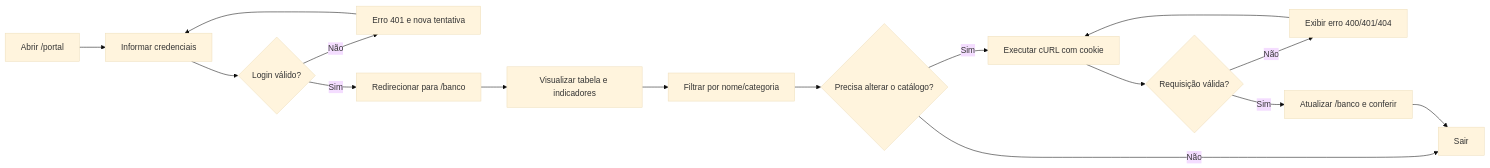
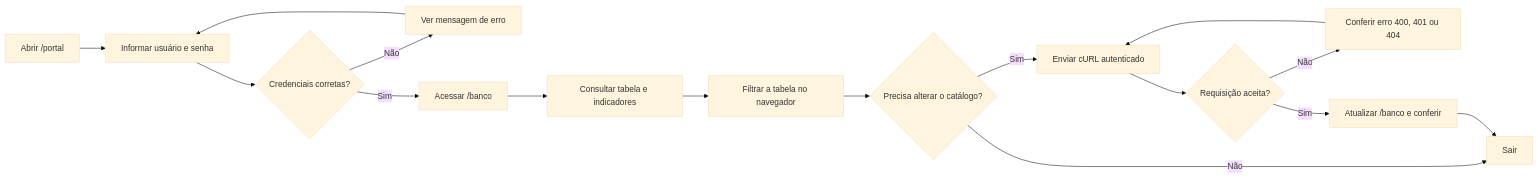
The third of 4 diagrams in docs/diagramas-mermaid.md (AbnerG1/projeto-BLUE-print-), drawn with Mermaid (base theme) before and after one commit. The commit also changed other lines of this file, not shown here.

Commit message:
docs: revisar docs/diagramas-mermaid.md com texto mais natural

````diff
--- a/docs/diagramas-mermaid.md
+++ b/docs/diagramas-mermaid.md
@@ -70,18 +80,18 @@
-```mermaid
+~~~mermaid
 flowchart LR
- A["Abrir /portal"] --> B["Informar credenciais"]
- B --> C{"Login válido?"}
- C -- Não --> D["Erro 401 e nova tentativa"]
+ A["Abrir /portal"] --> B["Informar usuário e senha"]
+ B --> C{"Credenciais corretas?"}
+ C -- "Não" --> D["Ver mensagem de erro"]
  D --> B
- C -- Sim --> E["Redirecionar para /banco"]
- E --> F["Visualizar tabela e indicadores"]
- F --> G["Filtrar por nome/categoria"]
+ C -- "Sim" --> E["Acessar /banco"]
+ E --> F["Consultar tabela e indicadores"]
+ F --> G["Filtrar a tabela no navegador"]
  G --> H{"Precisa alterar o catálogo?"}
- H -- Não --> I["Sair"]
- H -- Sim --> J["Executar cURL com cookie"]
- J --> K{"Requisição válida?"}
- K -- Não --> L["Exibir erro 400/401/404"]
+ H -- "Não" --> I["Sair"]
+ H -- "Sim" --> J["Enviar cURL autenticado"]
+ J --> K{"Requisição aceita?"}
+ K -- "Não" --> L["Conferir erro 400, 401 ou 404"]
  L --> J
- K -- Sim --> M["Atualizar /banco e conferir"]
+ K -- "Sim" --> M["Atualizar /banco e conferir"]
  M --> I
-```
+~~~
````
